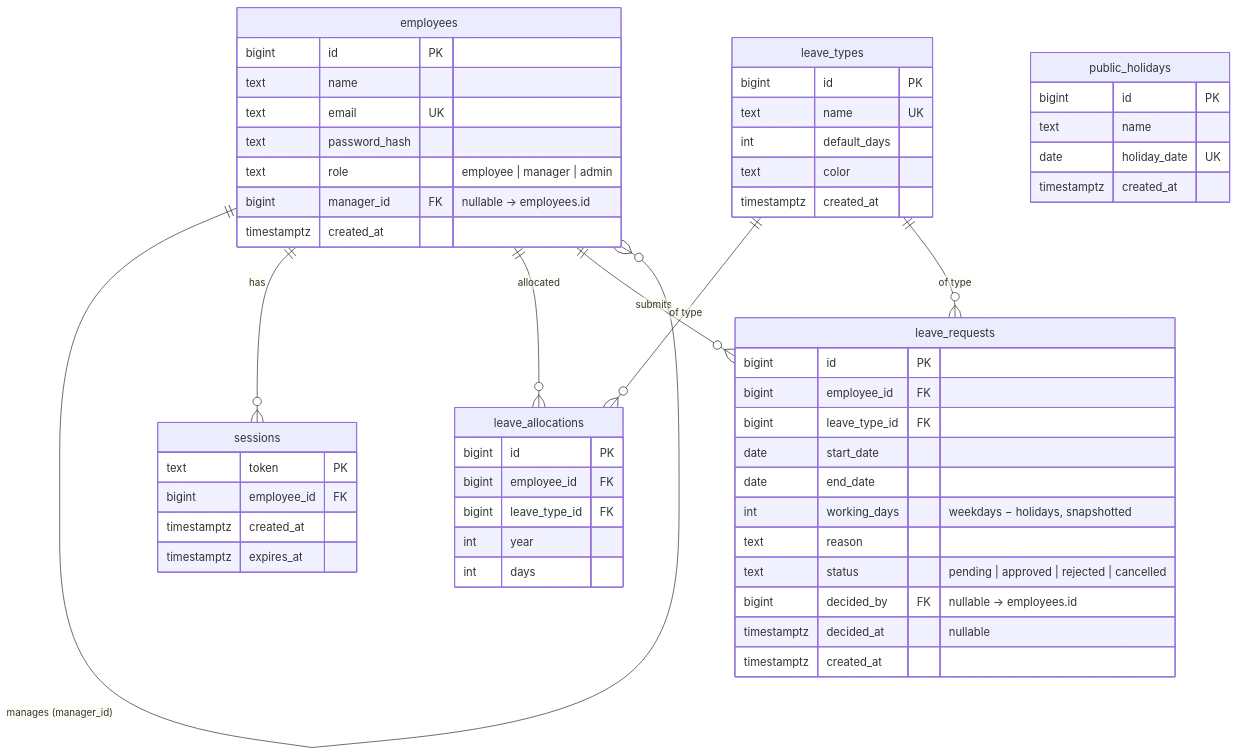
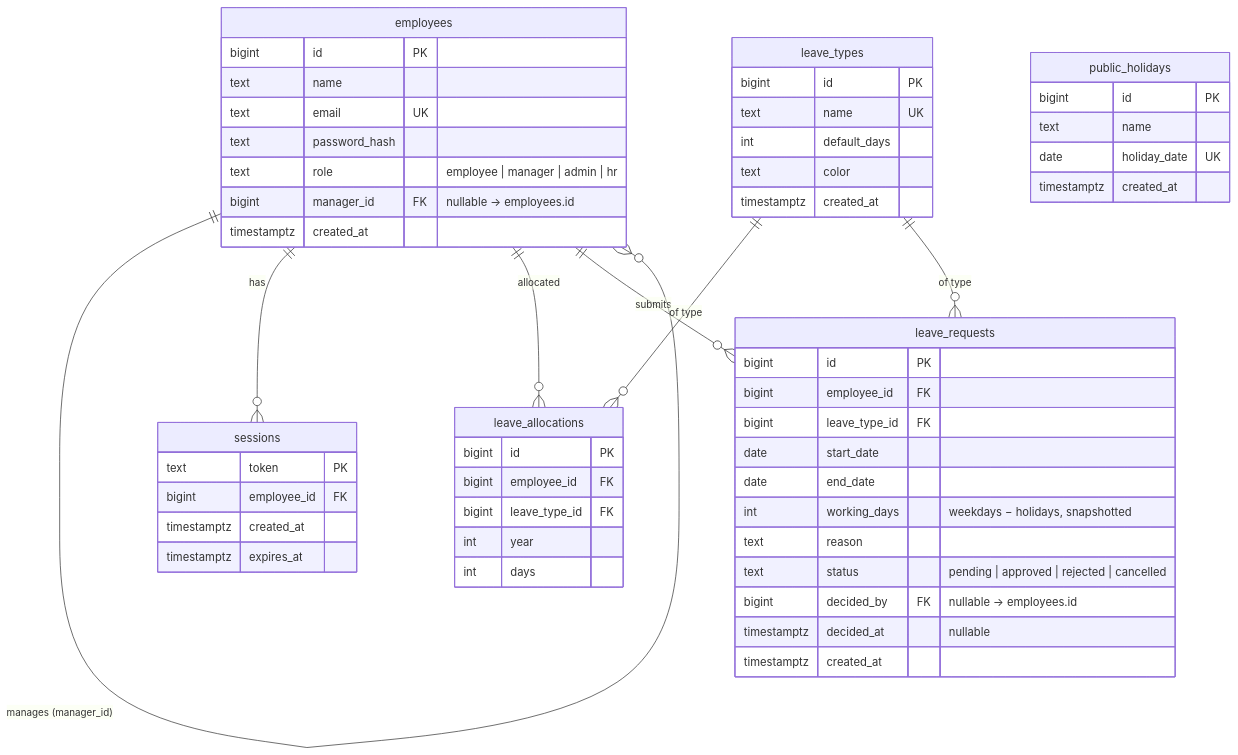
Before and after one commit to meddhiazoghlami/leave-management: the diagram in README.md, drawn with Mermaid. The commit also changed other lines of this file and 20 other files, not shown here.

````diff
--- a/README.md
+++ b/README.md
@@ -124,58 +127,58 @@
 ```mermaid
 erDiagram
     employees ||--o{ employees          : "manages (manager_id)"
     employees ||--o{ sessions           : "has"
     employees ||--o{ leave_allocations  : "allocated"
     employees ||--o{ leave_requests     : "submits"
     leave_types ||--o{ leave_allocations : "of type"
     leave_types ||--o{ leave_requests    : "of type"
 
     employees {
         bigint      id PK
         text        name
         text        email UK
         text        password_hash
-        text        role "employee | manager | admin"
+        text        role "employee | manager | admin | hr"
         bigint      manager_id FK "nullable → employees.id"
         timestamptz created_at
     }
     sessions {
         text        token PK
         bigint      employee_id FK
         timestamptz created_at
         timestamptz expires_at
     }
     leave_types {
         bigint      id PK
         text        name UK
         int         default_days
         text        color
         timestamptz created_at
     }
     leave_allocations {
         bigint id PK
         bigint employee_id FK
         bigint leave_type_id FK
         int    year
         int    days
     }
     leave_requests {
         bigint      id PK
         bigint      employee_id FK
         bigint      leave_type_id FK
         date        start_date
         date        end_date
         int         working_days "weekdays − holidays, snapshotted"
         text        reason
         text        status "pending | approved | rejected | cancelled"
         bigint      decided_by FK "nullable → employees.id"
         timestamptz decided_at "nullable"
         timestamptz created_at
     }
     public_holidays {
         bigint      id PK
         text        name
         date        holiday_date UK
         timestamptz created_at
     }
 ```
````
